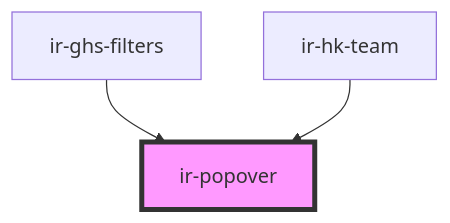
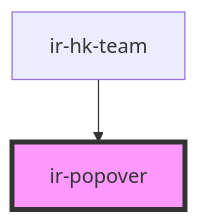
The diagram in src/components/ui/ir-popover/readme.md (RonyRizk/ir-webcmp), drawn with Mermaid before and after one commit. The commit also changed other lines of this file and 6 other files, not shown here.

````diff
--- a/src/components/ui/ir-popover/readme.md
+++ b/src/components/ui/ir-popover/readme.md
@@ -27,6 +26,5 @@
 ```mermaid
 graph TD;
-  ir-ghs-filters --> ir-popover
   ir-hk-team --> ir-popover
   style ir-popover fill:#f9f,stroke:#333,stroke-width:4px
 ```
````
